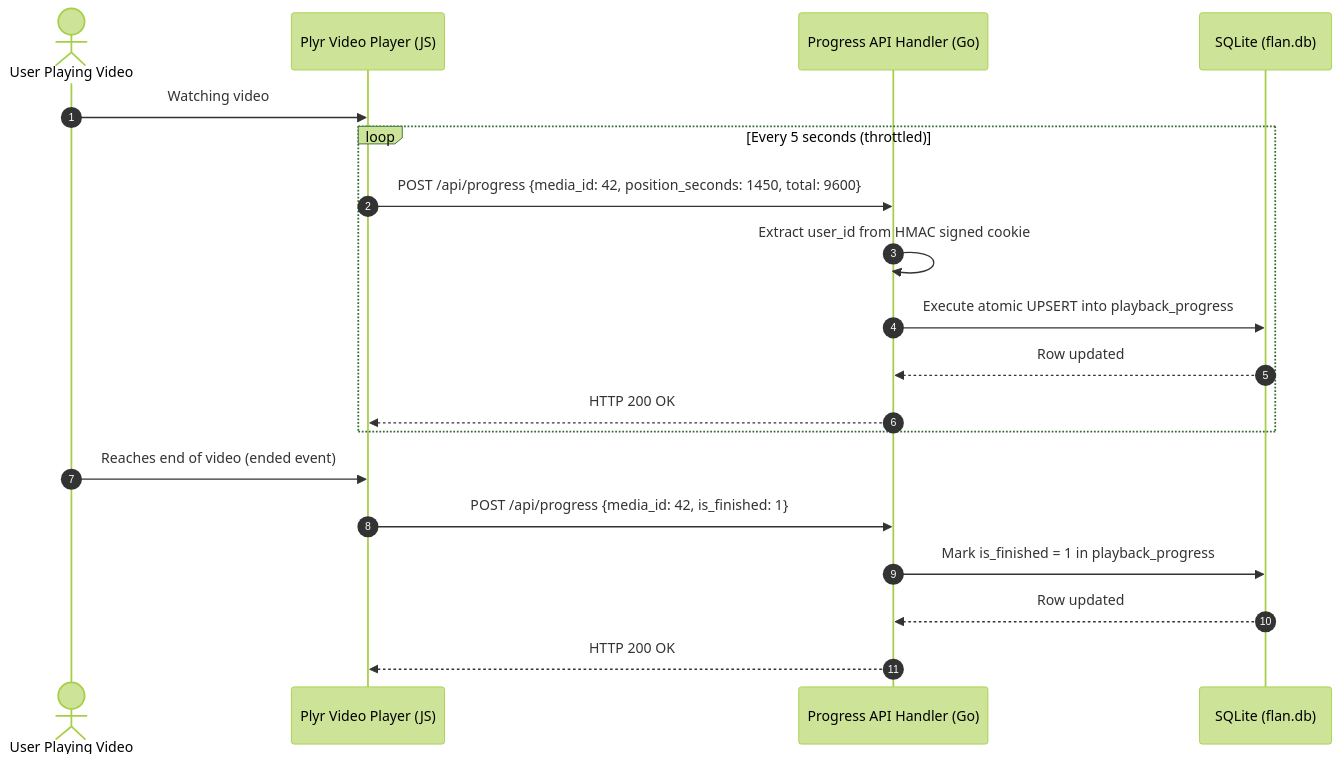
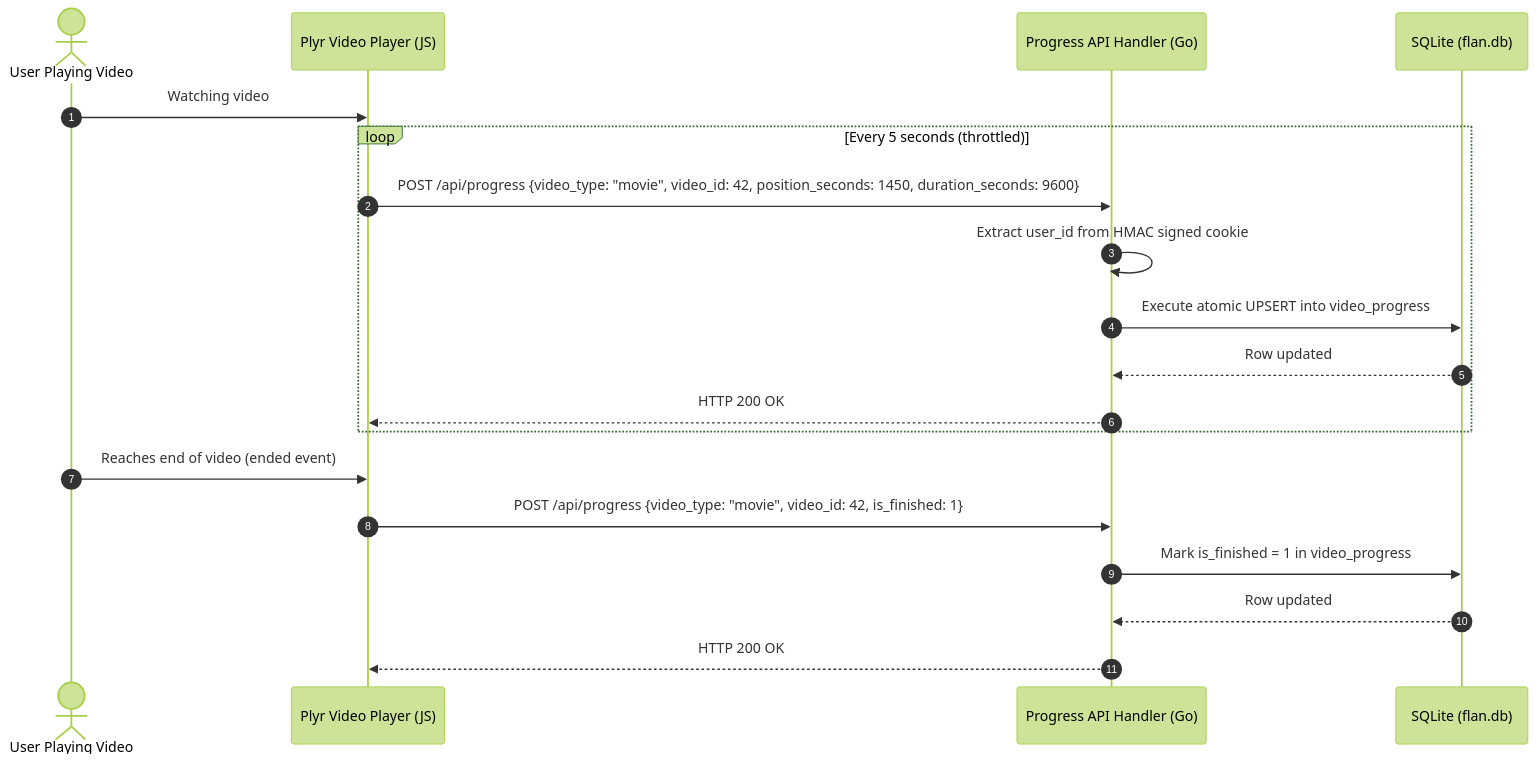
One commit to WesleyEsq/Flan-Media-Server changed the fifth of 6 diagrams in docs/diagrams/data-flow.md. Above: the diagram before and after it, drawn with Mermaid (forest theme). The commit also changed other lines of this file and 15 other files, not shown here.

````diff
--- a/docs/diagrams/data-flow.md
+++ b/docs/diagrams/data-flow.md
@@ -194,23 +198,23 @@
 ```mermaid
 sequenceDiagram
     autonumber
     actor User as User Playing Video
     participant Player as Plyr Video Player (JS)
     participant API as Progress API Handler (Go)
     participant DB as SQLite (flan.db)
 
     User->>Player: Watching video
     loop Every 5 seconds (throttled)
-        Player->>API: POST /api/progress {media_id: 42, position_seconds: 1450, total: 9600}
+        Player->>API: POST /api/progress {video_type: "movie", video_id: 42, position_seconds: 1450, duration_seconds: 9600}
         API->>API: Extract user_id from HMAC signed cookie
-        API->>DB: Execute atomic UPSERT into playback_progress
+        API->>DB: Execute atomic UPSERT into video_progress
         DB-->>API: Row updated
         API-->>Player: HTTP 200 OK
     end
 
     User->>Player: Reaches end of video (ended event)
-    Player->>API: POST /api/progress {media_id: 42, is_finished: 1}
-    API->>DB: Mark is_finished = 1 in playback_progress
+    Player->>API: POST /api/progress {video_type: "movie", video_id: 42, is_finished: 1}
+    API->>DB: Mark is_finished = 1 in video_progress
     DB-->>API: Row updated
     API-->>Player: HTTP 200 OK
 ```
````
